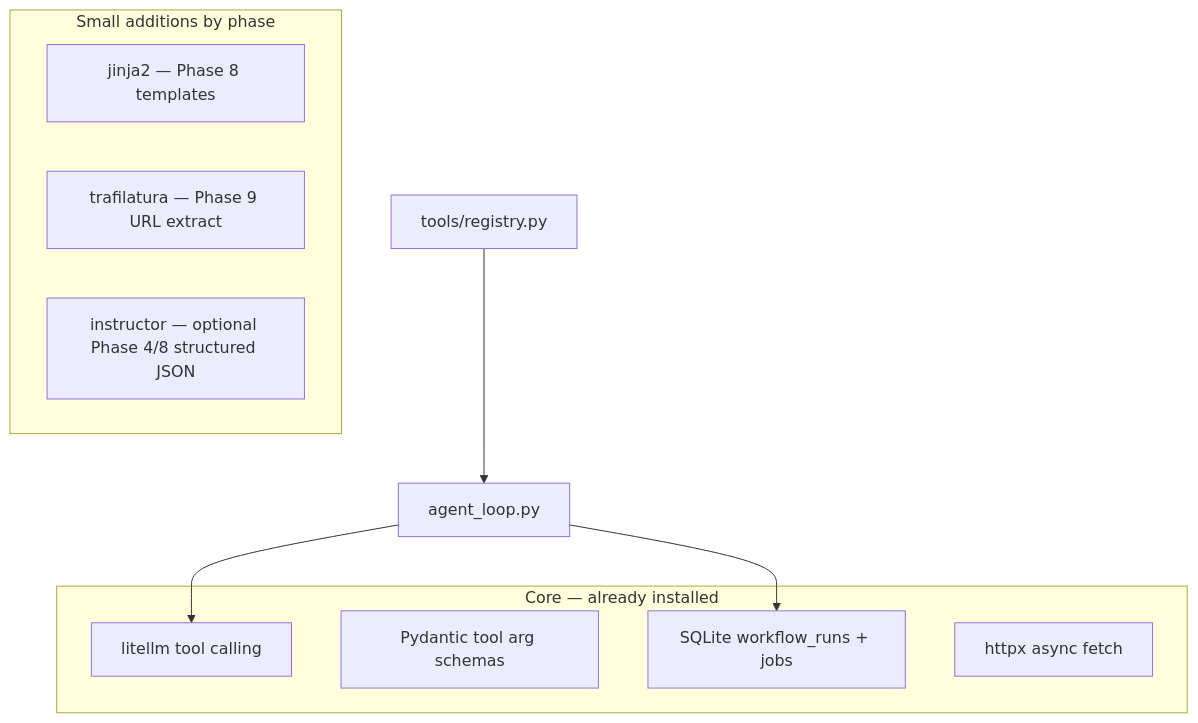
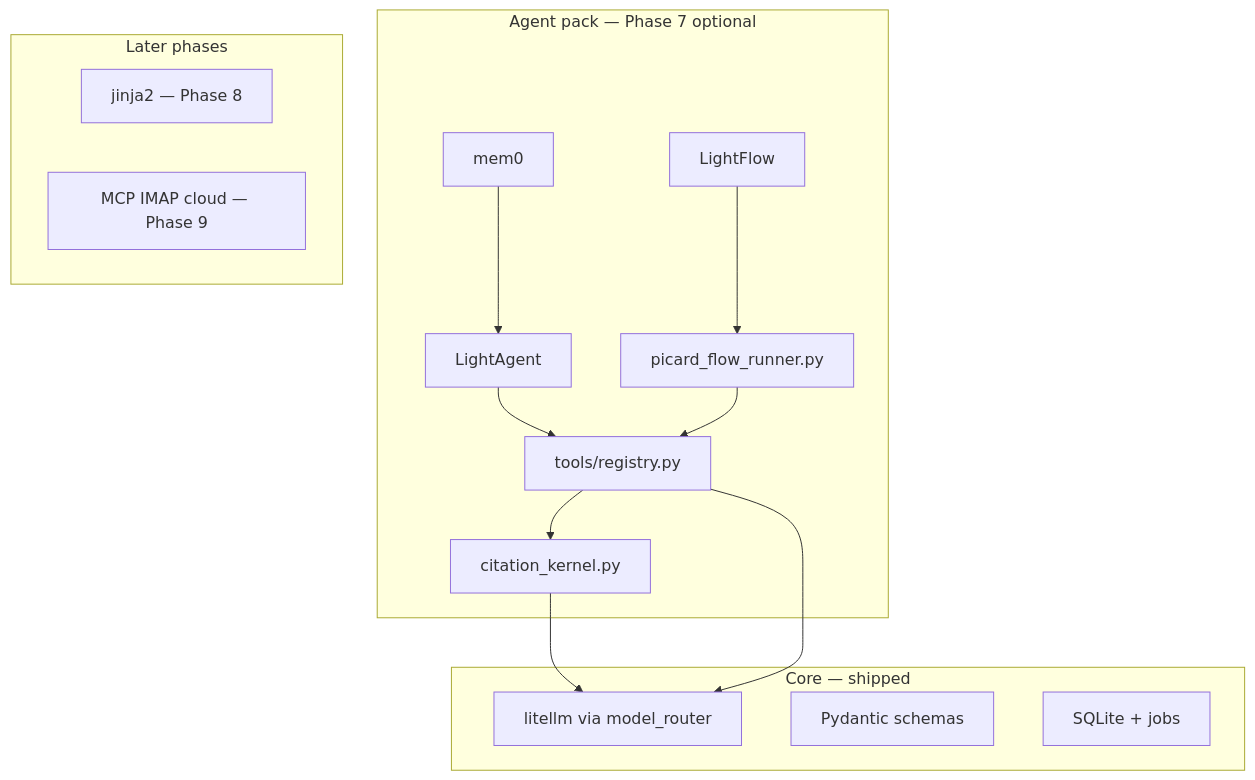
The third of 15 diagrams in docs/ARCHITECTURE.md (iamsaurabhc/picard-oss), drawn with Mermaid before and after one commit. The commit also changed other lines of this file and 31 other files, not shown here.

First line of the commit message:
Implement Phase 6: Workflow Library and Enhance Chat Integration

````diff
--- a/docs/ARCHITECTURE.md
+++ b/docs/ARCHITECTURE.md
@@ -406,17 +502,27 @@
 ```mermaid
 flowchart TB
-  subgraph core [Core — already installed]
-    Litellm[litellm tool calling]
-    Pydantic[Pydantic tool arg schemas]
-    SQLite[SQLite workflow_runs + jobs]
-    Httpx[httpx async fetch]
+  subgraph core [Core — shipped]
+    Litellm[litellm via model_router]
+    Pydantic[Pydantic schemas]
+    SQLite[SQLite + jobs]
   end
-  subgraph phase_additions [Small additions by phase]
-    Jinja[jinja2 — Phase 8 templates]
-    Trafilatura[trafilatura — Phase 9 URL extract]
-    Instructor[instructor — optional Phase 4/8 structured JSON]
+  subgraph agent_pack [Agent pack — Phase 7 optional]
+    CK[citation_kernel.py]
+    LA[LightAgent]
+    LF[LightFlow]
+    M0[mem0]
+    TR[tools/registry.py]
+    PFR[picard_flow_runner.py]
   end
-  AgentLoop[agent_loop.py] --> Litellm
-  ToolRegistry[tools/registry.py] --> AgentLoop
-  AgentLoop --> SQLite
+  subgraph phase_additions [Later phases]
+    Jinja[jinja2 — Phase 8]
+    Connectors[MCP IMAP cloud — Phase 9]
+  end
+  LA --> TR
+  TR --> CK
+  M0 --> LA
+  LF --> PFR
+  PFR --> TR
+  CK --> Litellm
+  TR --> Litellm
 ```
````
